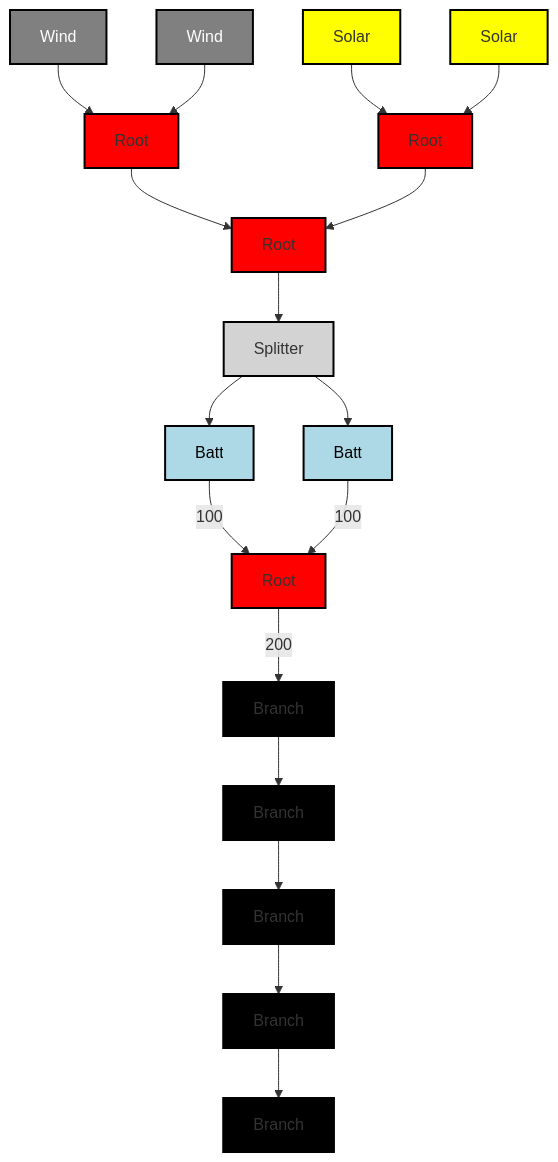
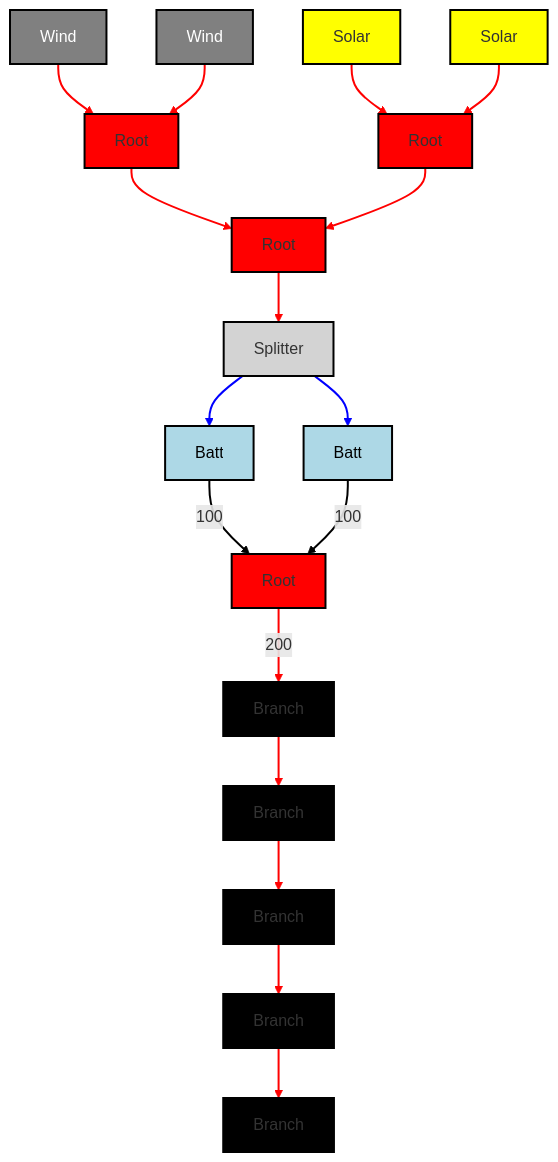
The diagram in readme.md (ZareMate/rust-logistics), drawn with Mermaid before and after one commit.

````diff
--- a/readme.md
+++ b/readme.md
@@ -1,36 +1,41 @@
 ```mermaid
   graph TD;
     %% Class Definitions
     classDef root fill:#ff0000,stroke:#000,stroke-width:2,color:#fff; %% Red background, white text
     classDef branch fill:#000000,stroke:#000,stroke-width:2,color:#fff; %% Black background, white text
     classDef wind fill:#808080,stroke:#000,stroke-width:2,color:#fff,shape:circle; %% Grey background, white text, circle
     classDef solar fill:#ffff00,stroke:#000,stroke-width:2,color:#000; %% Yellow background, black text
     classDef batt fill:#add8e6,stroke:#000,stroke-width:2,color:#000,shape:database; %% Light blue background, black text
     classDef splitter fill:#d3d3d3,stroke:#000,stroke-width:2,color:#000; %% Light grey background, black text
 
     %% Graph Nodes
-    Wind1[Wind] --> Root1[Root];
-    Wind2[Wind] --> Root1[Root];
-    Solar1[Solar] --> Root2[Root];
-    Solar2[Solar] --> Root2[Root];
-    Root1[Root] --> Root3[Root];
-    Root2[Root] --> Root3[Root];
-    Root3[Root] --> Splitter1[Splitter];
-    Splitter1[Splitter] --> Batt1[Batt];
-    Splitter1[Splitter] --> Batt2[Batt];
+    Wind1[Wind] -->| | Root1[Root];
+    Wind2[Wind] -->| | Root1[Root];
+    Solar1[Solar] -->| | Root2[Root];
+    Solar2[Solar] -->| | Root2[Root];
+    Root1[Root] -->| | Root3[Root];
+    Root2[Root] -->| | Root3[Root];
+    Root3[Root] -->| | Splitter1[Splitter];
+    Splitter1[Splitter] -->| | Batt1[Batt];
+    Splitter1[Splitter] -->| | Batt2[Batt];
     Batt1[Batt] -->|100| Root4[Root];
     Batt2[Batt] -->|100| Root4[Root];
     Root4[Root] -->|200| Branch1[Branch];
     Branch1[Branch] --> Branch2[Branch];
     Branch2[Branch] --> Branch3[Branch];
     Branch3[Branch] --> Branch4[Branch];
     Branch4[Branch] --> Branch5[Branch];
+
+    %% Link Styles
+    linkStyle 0,1,2,3,4,5,6,11,12,13,14,15 stroke:red,stroke-width:2;
+    linkStyle 7,8 stroke:blue,stroke-width:2;
+    linkStyle 9,10 stroke:black,stroke-width:2;
 
     %% Class Assignments
     class Root1,Root2,Root3,Root4 root;
     class Branch1,Branch2,Branch3,Branch4,Branch5 branch;
     class Wind1,Wind2 wind;
     class Solar1,Solar2 solar;
     class Batt1,Batt2 batt;
     class Splitter1 splitter;
 ```
````
